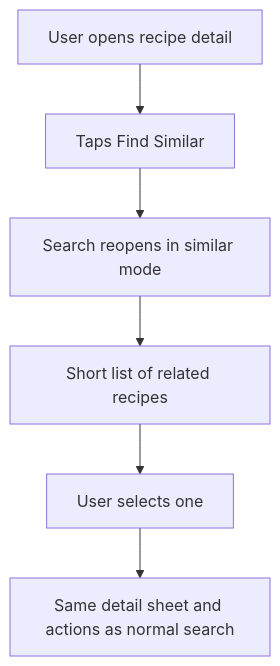
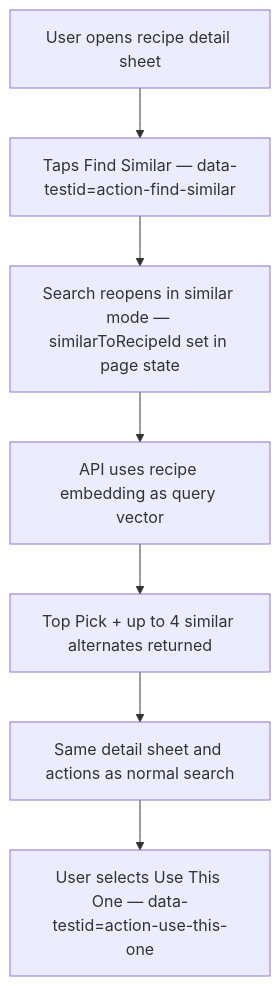
One commit to AlexandreBrisebois/whats-for-supper changed the third of 5 diagrams in docs/flows/user-flows/recipe-search-and-library-recovery.md. Above: the diagram before and after it, drawn with Mermaid. The commit also changed other lines of this file and 14 other files, not shown here.

````diff
--- a/docs/flows/user-flows/recipe-search-and-library-recovery.md
+++ b/docs/flows/user-flows/recipe-search-and-library-recovery.md
@@ -114,8 +125,9 @@
 ```mermaid
 flowchart TD
-    A[User opens recipe detail] --> B[Taps Find Similar]
-    B --> C[Search reopens in similar mode]
-    C --> D[Short list of related recipes]
-    D --> E[User selects one]
+    A[User opens recipe detail sheet] --> B[Taps Find Similar — data-testid=action-find-similar]
+    B --> C[Search reopens in similar mode — similarToRecipeId set in page state]
+    C --> D[API uses recipe embedding as query vector]
+    D --> E[Top Pick + up to 4 similar alternates returned]
     E --> F[Same detail sheet and actions as normal search]
+    F --> G[User selects Use This One — data-testid=action-use-this-one]
 ```
````
